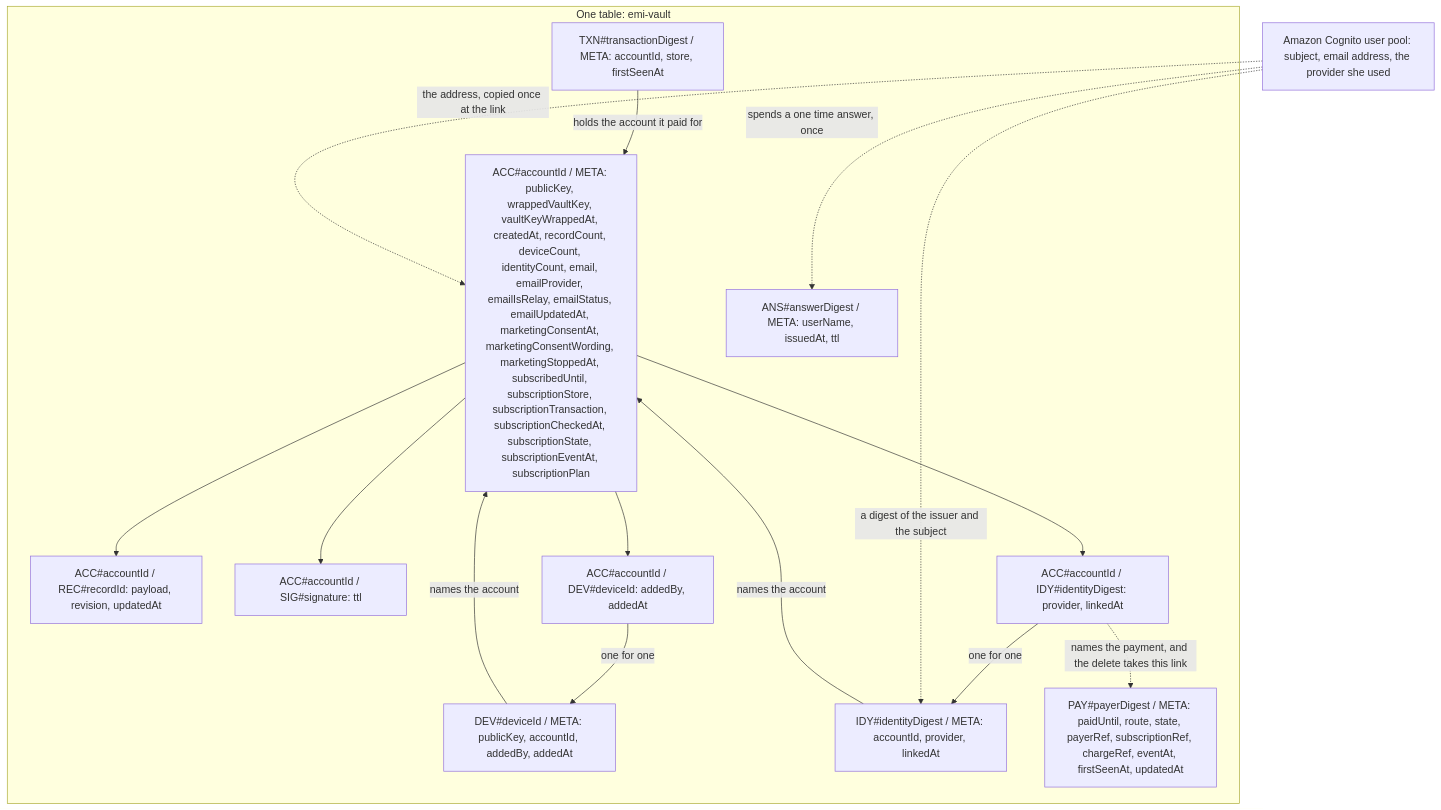
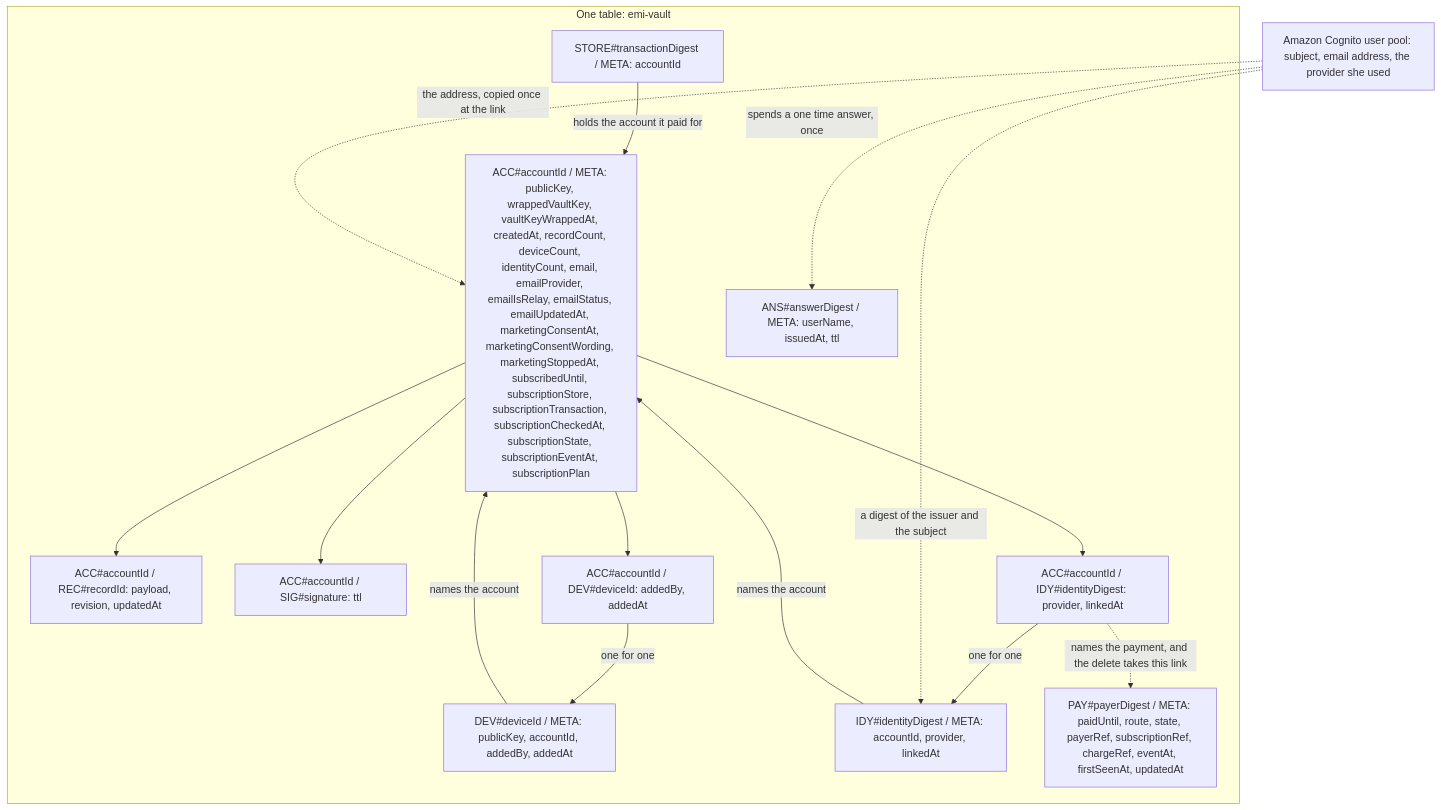
Before and after one commit to atlantic-blue/emi: the first of 4 diagrams in docs/design/data-model.md, drawn with Mermaid. The commit also changed other lines of this file and 24 other files, not shown here.

````diff
--- a/docs/design/data-model.md
+++ b/docs/design/data-model.md
@@ -30,29 +30,29 @@
 ```mermaid
 flowchart TD
   subgraph Table["One table: emi-vault"]
     ACC["ACC#accountId / META: publicKey, wrappedVaultKey, vaultKeyWrappedAt, createdAt, recordCount, deviceCount, identityCount, email, emailProvider, emailIsRelay, emailStatus, emailUpdatedAt, marketingConsentAt, marketingConsentWording, marketingStoppedAt, subscribedUntil, subscriptionStore, subscriptionTransaction, subscriptionCheckedAt, subscriptionState, subscriptionEventAt, subscriptionPlan"]
     REC["ACC#accountId / REC#recordId: payload, revision, updatedAt"]
     SIG["ACC#accountId / SIG#signature: ttl"]
     ADEV["ACC#accountId / DEV#deviceId: addedBy, addedAt"]
     AIDY["ACC#accountId / IDY#identityDigest: provider, linkedAt"]
     DEV["DEV#deviceId / META: publicKey, accountId, addedBy, addedAt"]
     IDY["IDY#identityDigest / META: accountId, provider, linkedAt"]
-    TXN["TXN#transactionDigest / META: accountId, store, firstSeenAt"]
+    TXN["STORE#transactionDigest / META: accountId"]
     ANS["ANS#answerDigest / META: userName, issuedAt, ttl"]
     PAY["PAY#payerDigest / META: paidUntil, route, state, payerRef, subscriptionRef, chargeRef, eventAt, firstSeenAt, updatedAt"]
   end
   POOL["Amazon Cognito user pool: subject, email address, the provider she used"]
   ACC --> REC
   ACC --> SIG
   ACC --> ADEV
   ACC --> AIDY
   DEV -->|"names the account"| ACC
   IDY -->|"names the account"| ACC
   TXN -->|"holds the account it paid for"| ACC
   ADEV -->|"one for one"| DEV
   AIDY -->|"one for one"| IDY
   POOL -.->|"a digest of the issuer and the subject"| IDY
   POOL -.->|"the address, copied once at the link"| ACC
   POOL -.->|"spends a one time answer, once"| ANS
   AIDY -.->|"names the payment, and the delete takes this link"| PAY
 ```
````
